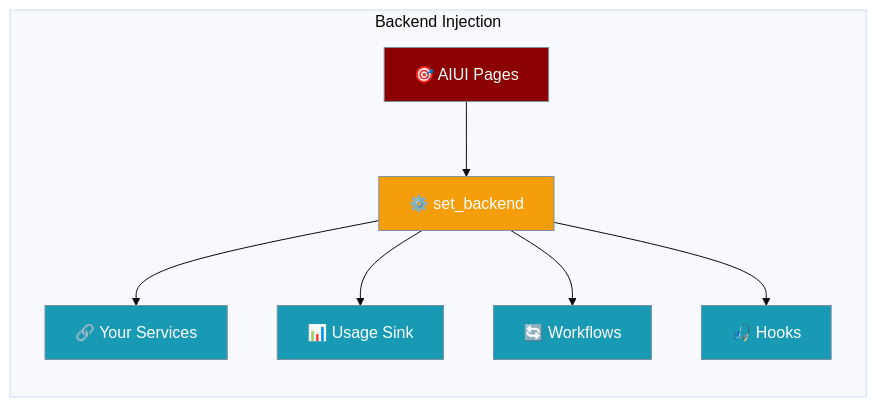
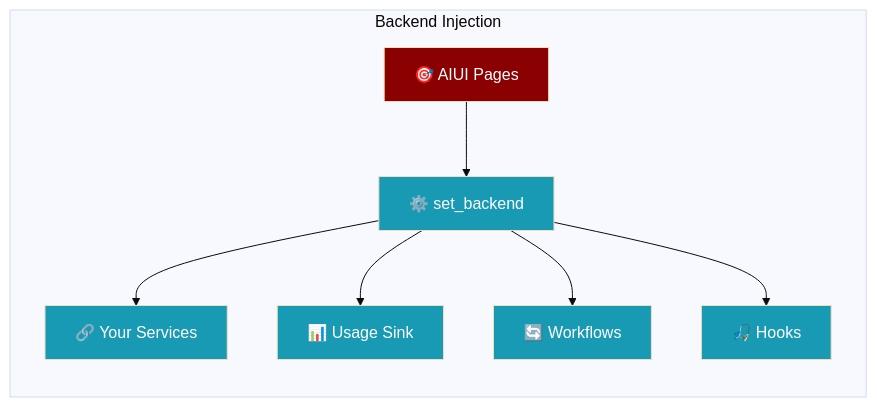
The diagram in docs/features/aiui-backends.mdx (MervinPraison/PraisonAIDocs), drawn with Mermaid (base theme) before and after one commit. The commit also changed 24 other files, not shown here.

````diff
--- a/docs/features/aiui-backends.mdx
+++ b/docs/features/aiui-backends.mdx
@@ -10,18 +10,16 @@
 ```mermaid
 graph LR
     subgraph "Backend Injection"
         A[🎯 AIUI Pages] --> B[⚙️ set_backend]
         B --> C[🔗 Your Services]
         B --> D[📊 Usage Sink]
         B --> E[🔄 Workflows]
         B --> F[🎣 Hooks]
     end
     
-    classDef ui fill:#8B0000,stroke:#7C90A0,color:#fff
-    classDef api fill:#F59E0B,stroke:#7C90A0,color:#fff
-    classDef service fill:#189AB4,stroke:#7C90A0,color:#fff
+    classDef agent fill:#8B0000,color:#fff
+    classDef tool fill:#189AB4,color:#fff
     
-    class A ui
-    class B api
-    class C,D,E,F service
+    class A agent
+    class B,C,D,E,F tool
 ```
````
